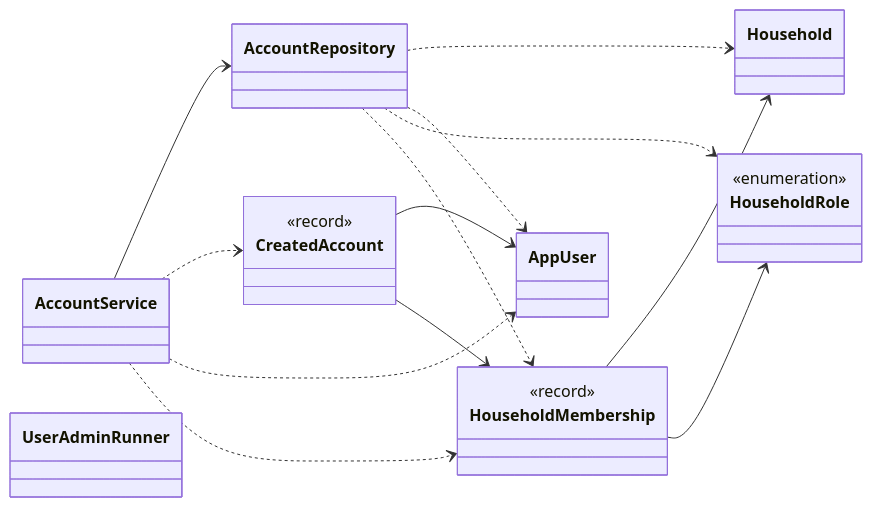
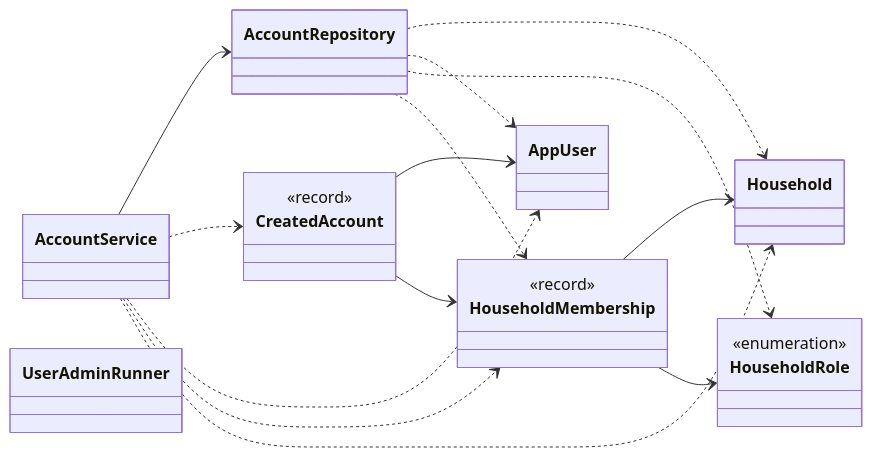
One commit to Nate-ryan-7690/dahaem changed the first of 9 diagrams in docs/classes/auth.md. Above: the diagram before and after it, drawn with Mermaid. The commit also changed other lines of this file and 4 other files, not shown here.

````diff
--- a/docs/classes/auth.md
+++ b/docs/classes/auth.md
@@ -11,30 +11,31 @@
 ```mermaid
 classDiagram
     direction LR
     class auth_AccountRepository["AccountRepository"]
     class auth_AccountService["AccountService"]
     class auth_AppUser["AppUser"]
     class auth_CreatedAccount["CreatedAccount"] {
         <<record>>
     }
     class auth_Household["Household"]
     class auth_HouseholdMembership["HouseholdMembership"] {
         <<record>>
     }
     class auth_HouseholdRole["HouseholdRole"] {
         <<enumeration>>
     }
     class auth_UserAdminRunner["UserAdminRunner"]
     auth_AccountRepository ..> auth_Household
     auth_AccountRepository ..> auth_AppUser
     auth_AccountRepository ..> auth_HouseholdRole
     auth_AccountRepository ..> auth_HouseholdMembership
     auth_AccountService --> auth_AccountRepository
     auth_AccountService ..> auth_CreatedAccount
     auth_AccountService ..> auth_AppUser
     auth_AccountService ..> auth_HouseholdMembership
+    auth_AccountService ..> auth_Household
     auth_CreatedAccount --> auth_AppUser
     auth_CreatedAccount --> auth_HouseholdMembership
     auth_HouseholdMembership --> auth_Household
     auth_HouseholdMembership --> auth_HouseholdRole
 ```
````
